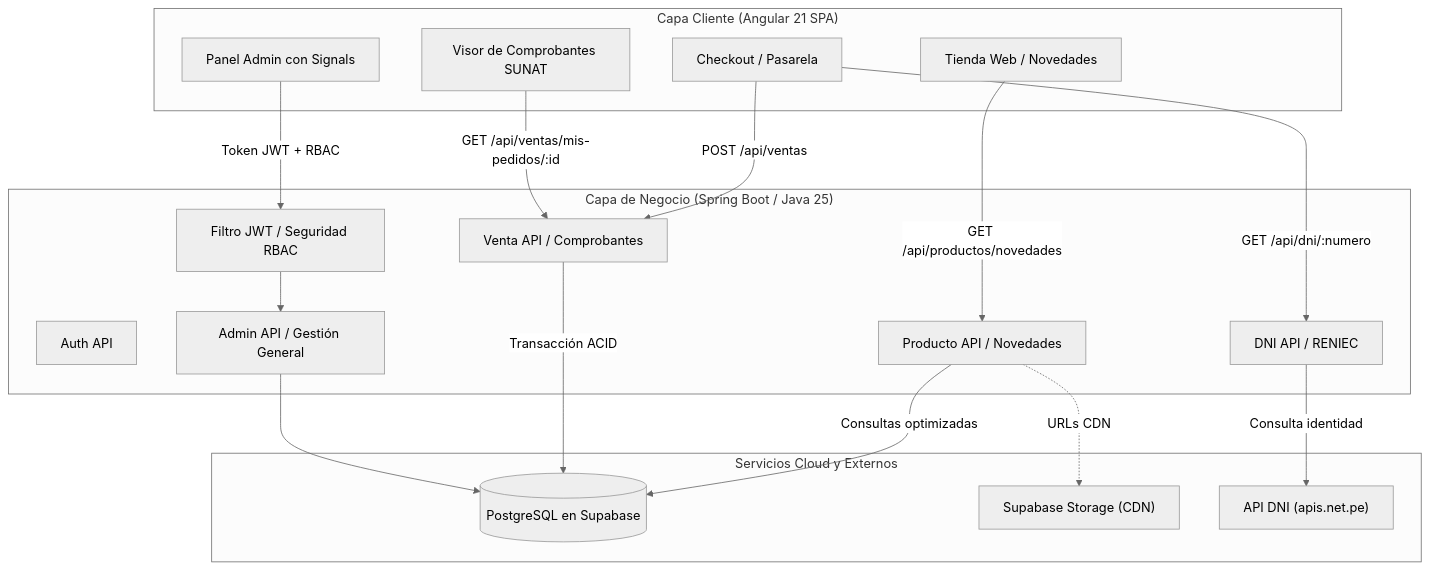
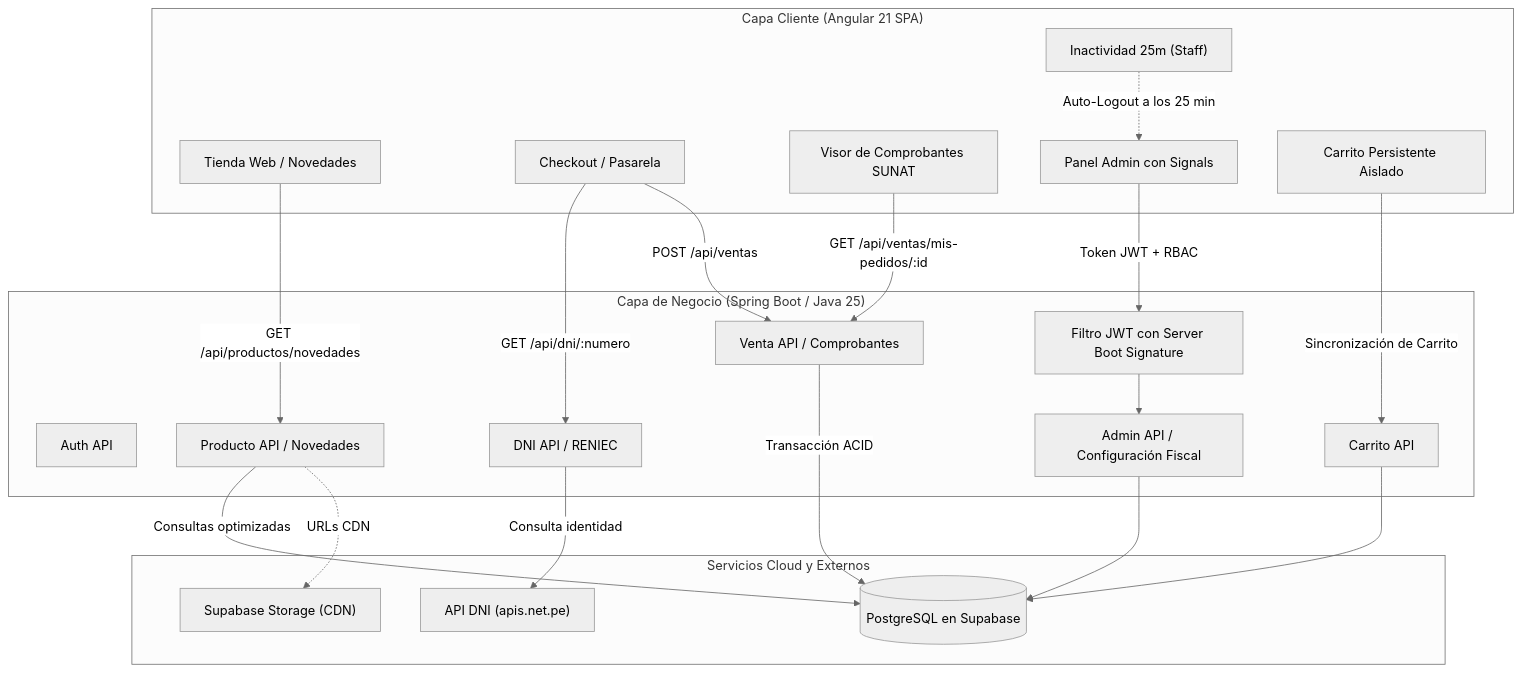
One commit to MrCarlos17A/TechZone changed the first of 9 diagrams in README.md. Above: the diagram before and after it, drawn with Mermaid (neutral theme). The commit also changed other lines of this file, not shown here.

````diff
--- a/README.md
+++ b/README.md
@@ -94,39 +106,46 @@
 ```mermaid
 flowchart TD
     subgraph FRONTEND["Capa Cliente (Angular 21 SPA)"]
         UI_STORE["Tienda Web / Novedades"]
         UI_CHECKOUT["Checkout / Pasarela"]
         UI_VOUCHER["Visor de Comprobantes SUNAT"]
         UI_ADMIN["Panel Admin con Signals"]
+        CART_SVC["Carrito Persistente Aislado"]
+        IDLE_SVC["Inactividad 25m (Staff)"]
     end
 
     subgraph BACKEND["Capa de Negocio (Spring Boot / Java 25)"]
-        GW["Filtro JWT / Seguridad RBAC"]
+        GW["Filtro JWT con Server Boot Signature"]
         C_AUTH["Auth API"]
         C_DNI["DNI API / RENIEC"]
         C_PROD["Producto API / Novedades"]
         C_VENTA["Venta API / Comprobantes"]
-        C_ADMIN["Admin API / Gestión General"]
+        C_CART["Carrito API"]
+        C_ADMIN["Admin API / Configuración Fiscal"]
     end
 
     subgraph CLOUD["Servicios Cloud y Externos"]
         SUPA_DB[("PostgreSQL en Supabase")]
         SUPA_STORAGE["Supabase Storage (CDN)"]
         RENIEC["API DNI (apis.net.pe)"]
     end
 
     UI_STORE -->|GET /api/productos/novedades| C_PROD
     C_PROD -->|Consultas optimizadas| SUPA_DB
     C_PROD -.->|URLs CDN| SUPA_STORAGE
 
+    CART_SVC -->|Sincronización de Carrito| C_CART
+    C_CART --> SUPA_DB
+
     UI_CHECKOUT -->|GET /api/dni/:numero| C_DNI
     C_DNI -->|Consulta identidad| RENIEC
 
     UI_CHECKOUT -->|POST /api/ventas| C_VENTA
     C_VENTA -->|Transacción ACID| SUPA_DB
 
     UI_VOUCHER -->|GET /api/ventas/mis-pedidos/:id| C_VENTA
     UI_ADMIN -->|Token JWT + RBAC| GW
     GW --> C_ADMIN
     C_ADMIN --> SUPA_DB
+    IDLE_SVC -.->|Auto-Logout a los 25 min| UI_ADMIN
 ```
````
